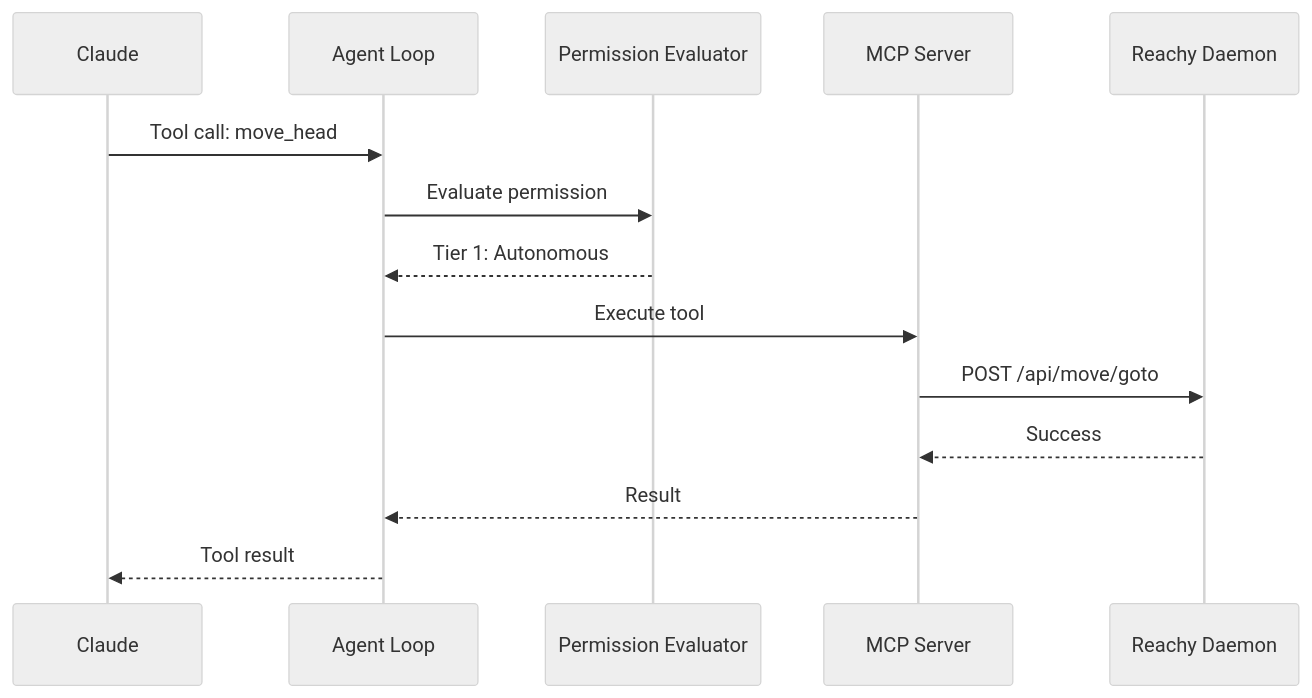
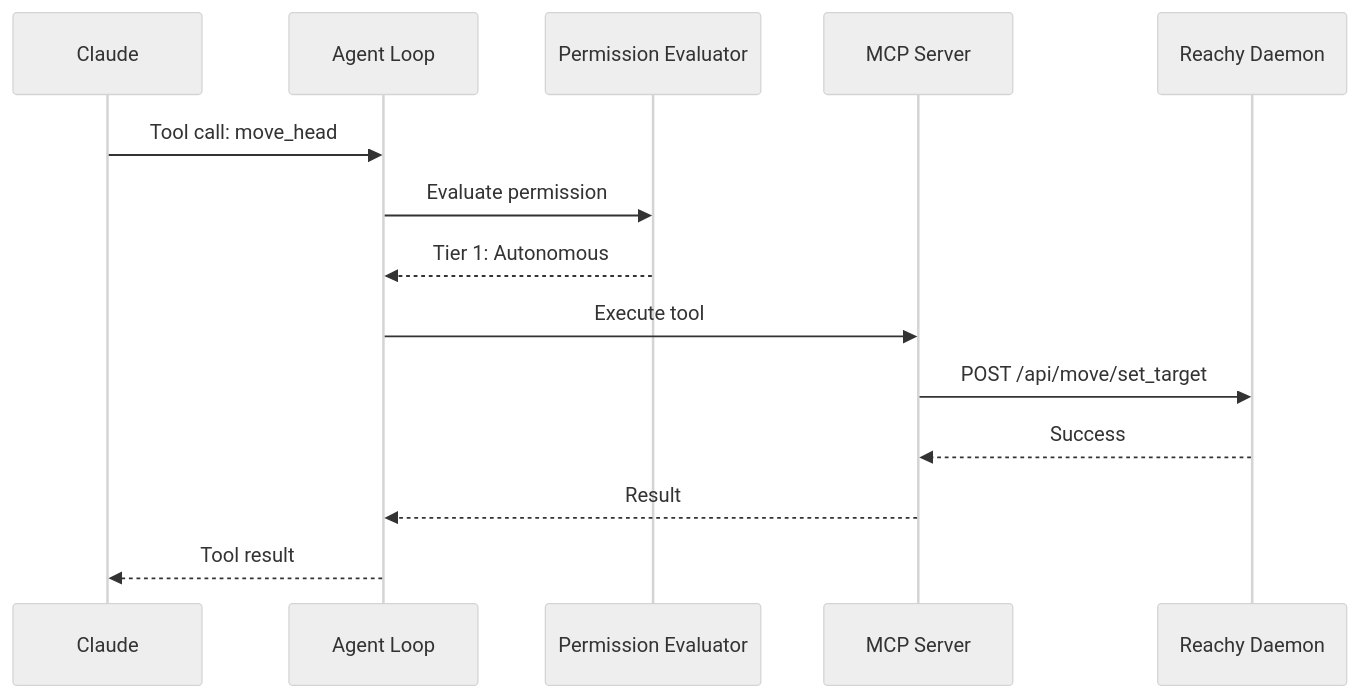
Before and after one commit to jawhnycooke/claude-in-the-shell: the second of 2 diagrams in docs/api/mcp-tools.md, drawn with Mermaid (neutral theme). The commit also changed other lines of this file and 7 other files, not shown here.

````diff
--- a/docs/api/mcp-tools.md
+++ b/docs/api/mcp-tools.md
@@ -479,17 +479,17 @@
 ```mermaid
 sequenceDiagram
     participant C as Claude
     participant A as Agent Loop
     participant P as Permission Evaluator
     participant M as MCP Server
     participant D as Reachy Daemon
 
     C->>A: Tool call: move_head
     A->>P: Evaluate permission
     P-->>A: Tier 1: Autonomous
     A->>M: Execute tool
-    M->>D: POST /api/move/goto
+    M->>D: POST /api/move/set_target
     D-->>M: Success
     M-->>A: Result
     A-->>C: Tool result
 ```
````
